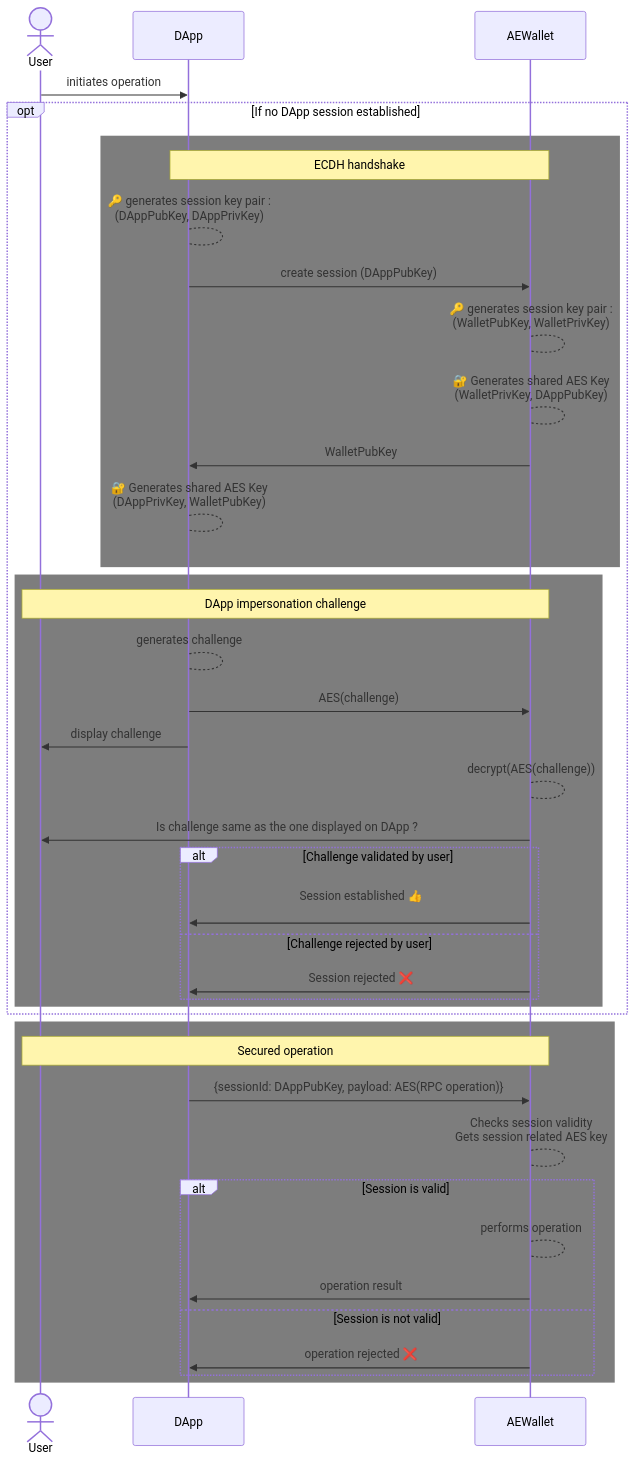
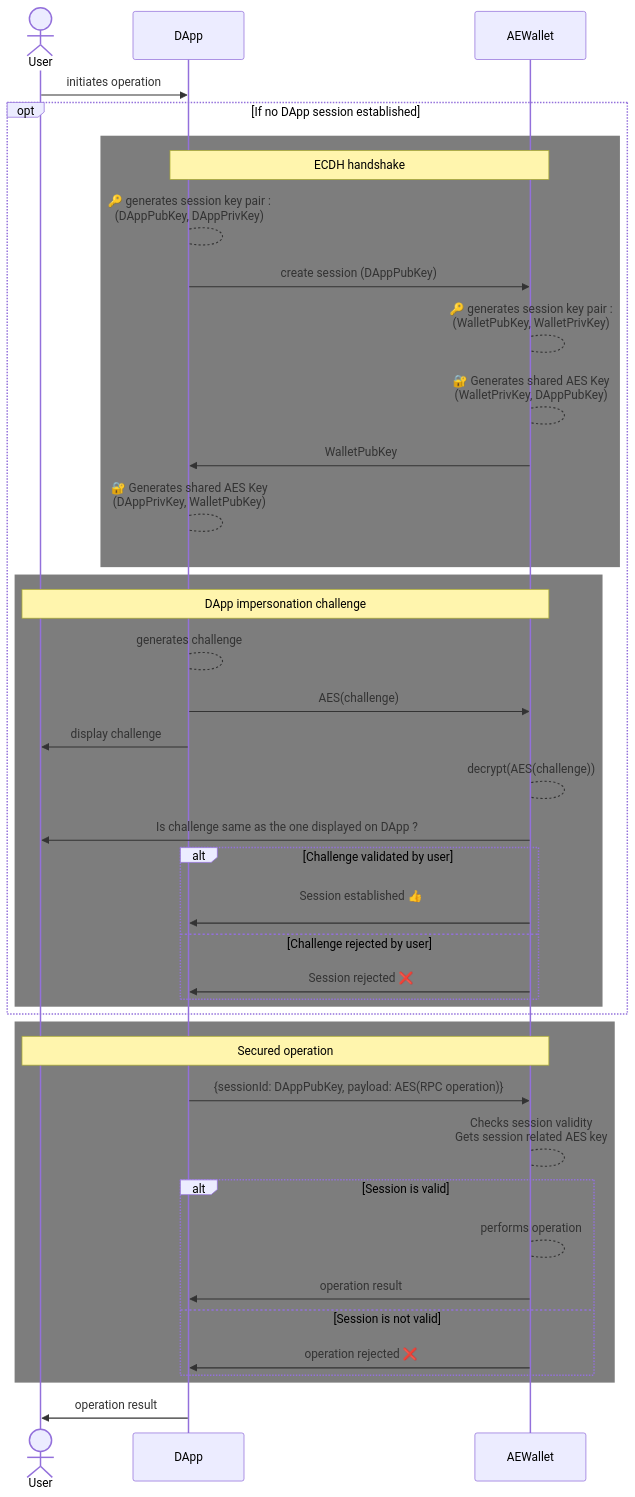
The diagram in AEIP-23-notes.md (archethic-foundation/aeip), drawn with Mermaid before and after one commit.

Commit message:
AEIP 23 Draft

````diff
--- a/AEIP-23-notes.md
+++ b/AEIP-23-notes.md
@@ -25,48 +25,49 @@
 ```mermaid
 sequenceDiagram 
     actor user as User
     participant dapp as DApp
     participant wallet as AEWallet
 
     user ->> dapp: initiates operation
 
     opt If no DApp session established 
         rect rgba(125, 125, 125, 25)
             Note over dapp,wallet: ECDH handshake
             dapp --> dapp: 🔑 generates session key pair :<br>(DAppPubKey, DAppPrivKey)
             dapp ->> wallet: create session (DAppPubKey)
             wallet --> wallet: 🔑 generates session key pair :<br>(WalletPubKey, WalletPrivKey)
             wallet --> wallet: 🔐 Generates shared AES Key<br>(WalletPrivKey, DAppPubKey)
             wallet ->> dapp: WalletPubKey
             dapp --> dapp: 🔐 Generates shared AES Key <br>(DAppPrivKey, WalletPubKey)
         end
 
         rect rgba(125, 125, 125, 25)
             Note over user,wallet: DApp impersonation challenge
             dapp --> dapp: generates challenge 
             dapp ->> wallet: AES(challenge)
             dapp ->> user: display challenge
             wallet --> wallet: decrypt(AES(challenge))
             wallet ->> user: Is challenge same as the one displayed on DApp ?
 
             alt Challenge validated by user
                 wallet ->> dapp: Session established 👍<br>
             else Challenge rejected by user
                 wallet ->> dapp: Session rejected ❌
             end
         end
     end
 
     rect rgba(125, 125, 125, 25)
         Note over user,wallet: Secured operation
         dapp ->> wallet: {sessionId: DAppPubKey, payload: AES(RPC operation)}
         wallet --> wallet: Checks session validity<br>Gets session related AES key
         alt Session is valid
             wallet --> wallet: performs operation
             wallet ->> dapp: operation result
         else Session is not valid
             wallet ->> dapp: operation rejected ❌
         end
     end
 
+    dapp ->> user: operation result
 ```
````
